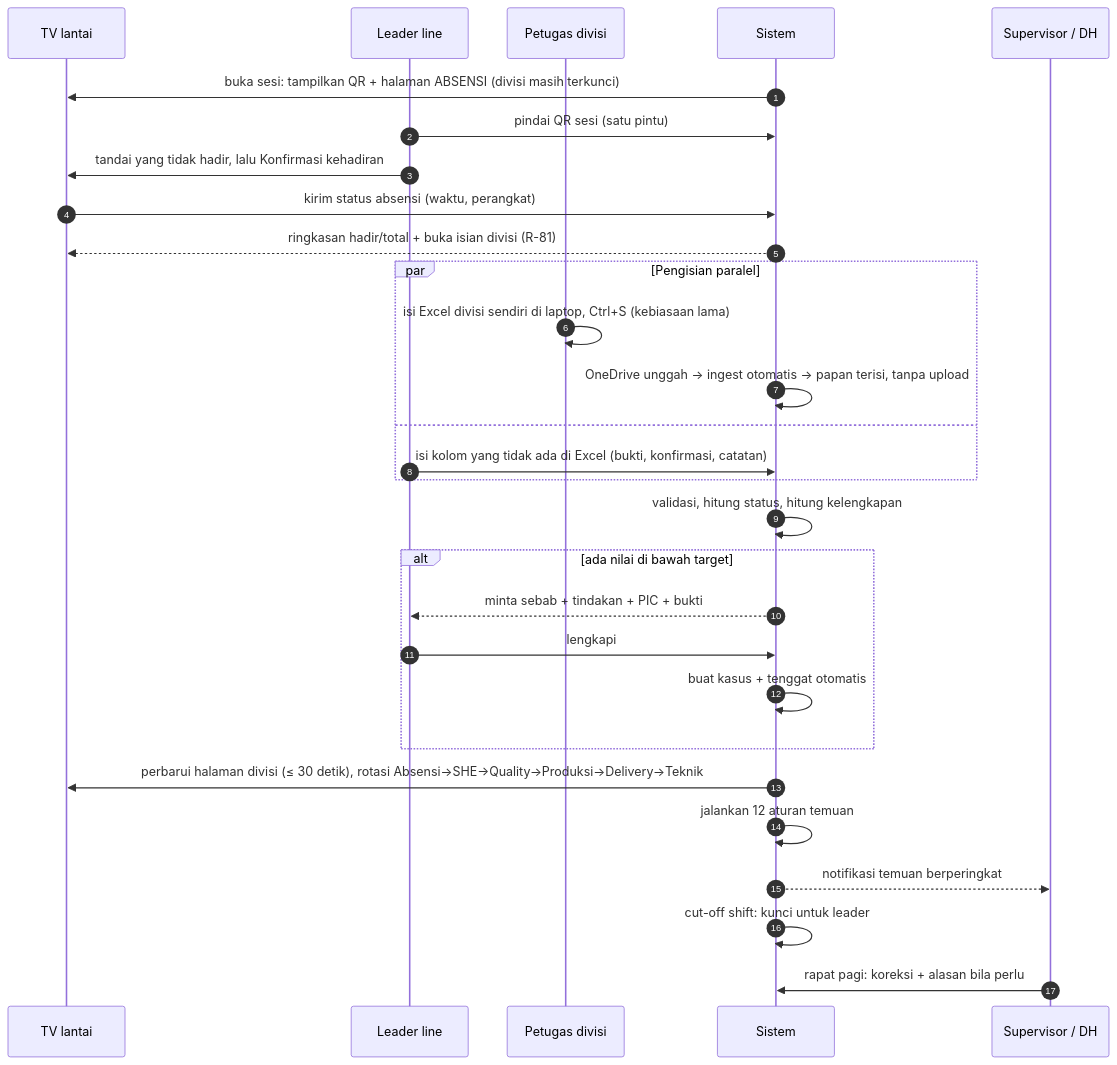
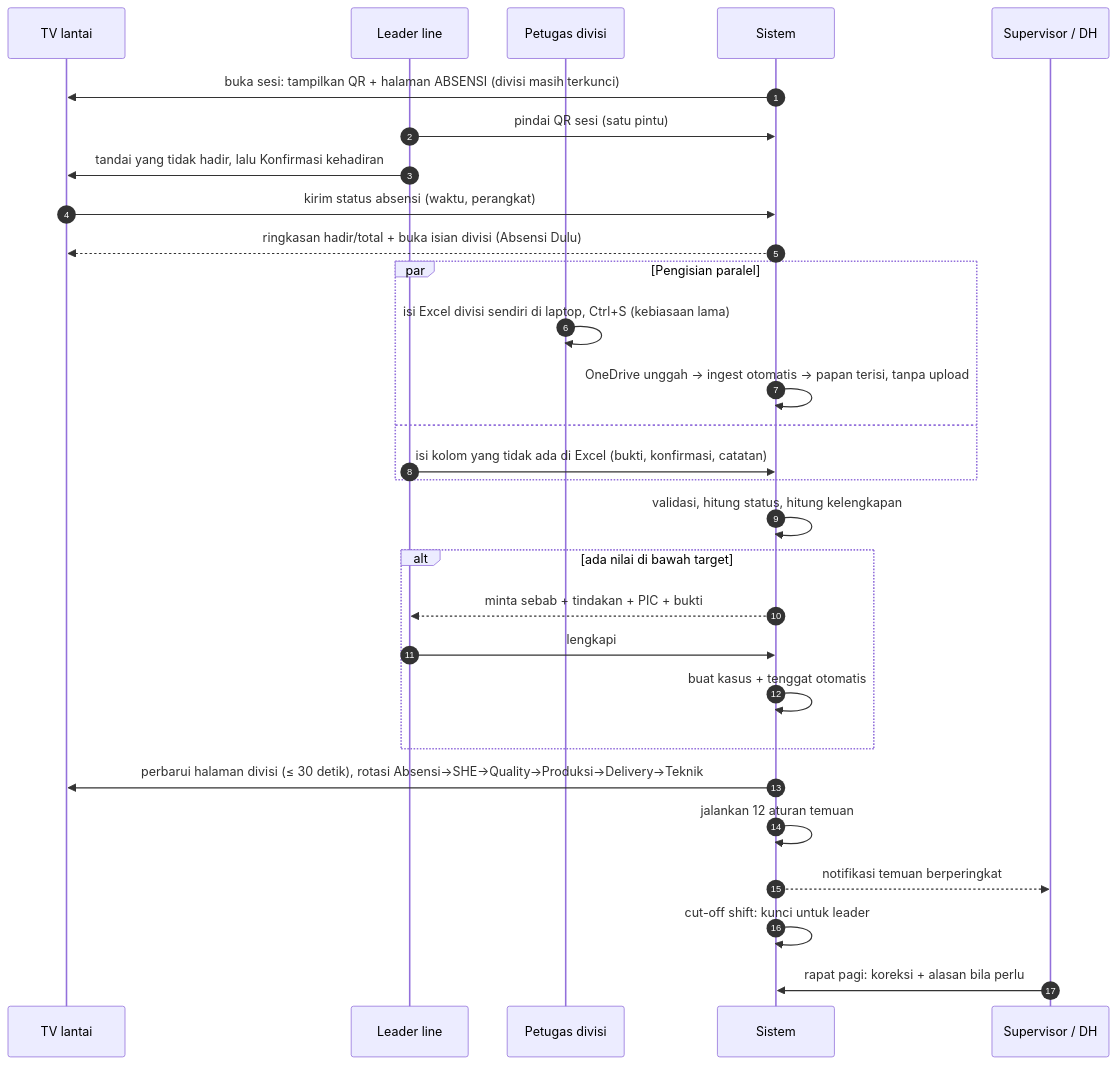
Before and after one commit to GalaxyDust/DailyMonitoringSystem_App: the second of 10 diagrams in docs/laporan/rancangan/03-ALUR-SISTEM.md, drawn with Mermaid. The commit also changed other lines of this file and 18 other files, not shown here.

````diff
--- a/docs/laporan/rancangan/03-ALUR-SISTEM.md
+++ b/docs/laporan/rancangan/03-ALUR-SISTEM.md
@@ -50,35 +50,35 @@
 ```mermaid
 sequenceDiagram
     autonumber
     participant TV as TV lantai
     participant L as Leader line
     participant D as Petugas divisi
     participant S as Sistem
     participant SP as Supervisor / DH
 
     S->>TV: buka sesi: tampilkan QR + halaman ABSENSI (divisi masih terkunci)
     L->>S: pindai QR sesi (satu pintu)
     L->>TV: tandai yang tidak hadir, lalu Konfirmasi kehadiran
     TV->>S: kirim status absensi (waktu, perangkat)
-    S-->>TV: ringkasan hadir/total + buka isian divisi (R-81)
+    S-->>TV: ringkasan hadir/total + buka isian divisi (Absensi Dulu)
 
     par Pengisian paralel
         D->>D: isi Excel divisi sendiri di laptop, Ctrl+S (kebiasaan lama)
         S->>S: OneDrive unggah -> ingest otomatis -> papan terisi, tanpa upload
     and
         L->>S: isi kolom yang tidak ada di Excel (bukti, konfirmasi, catatan)
     end
 
     S->>S: validasi, hitung status, hitung kelengkapan
     alt ada nilai di bawah target
         S-->>L: minta sebab + tindakan + PIC + bukti
         L->>S: lengkapi
         S->>S: buat kasus + tenggat otomatis
     end
 
     S->>TV: perbarui halaman divisi (≤ 30 detik), rotasi Absensi→SHE→Quality→Produksi→Delivery→Teknik
     S->>S: jalankan 12 aturan temuan
     S-->>SP: notifikasi temuan berperingkat
     S->>S: cut-off shift: kunci untuk leader
     SP->>S: rapat pagi: koreksi + alasan bila perlu
 ```
````
